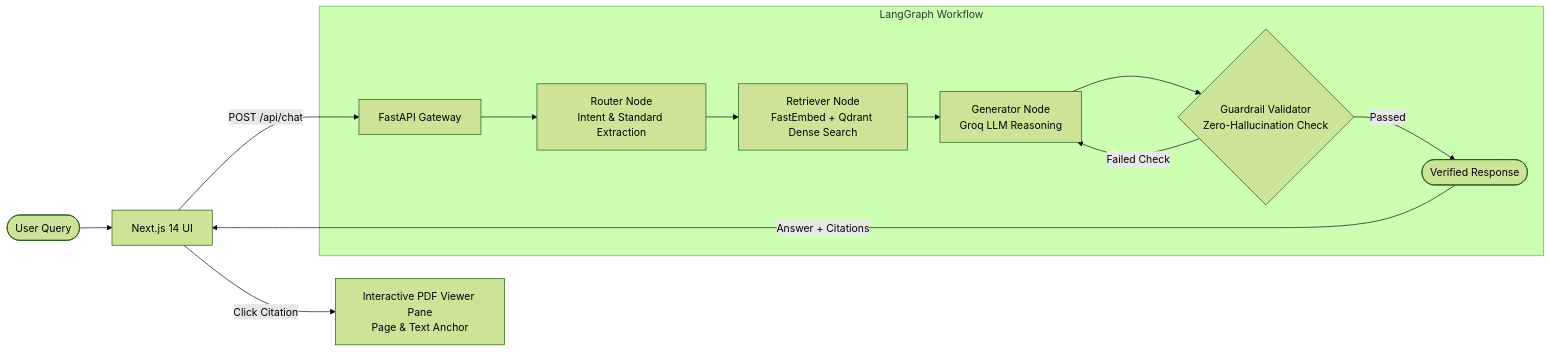
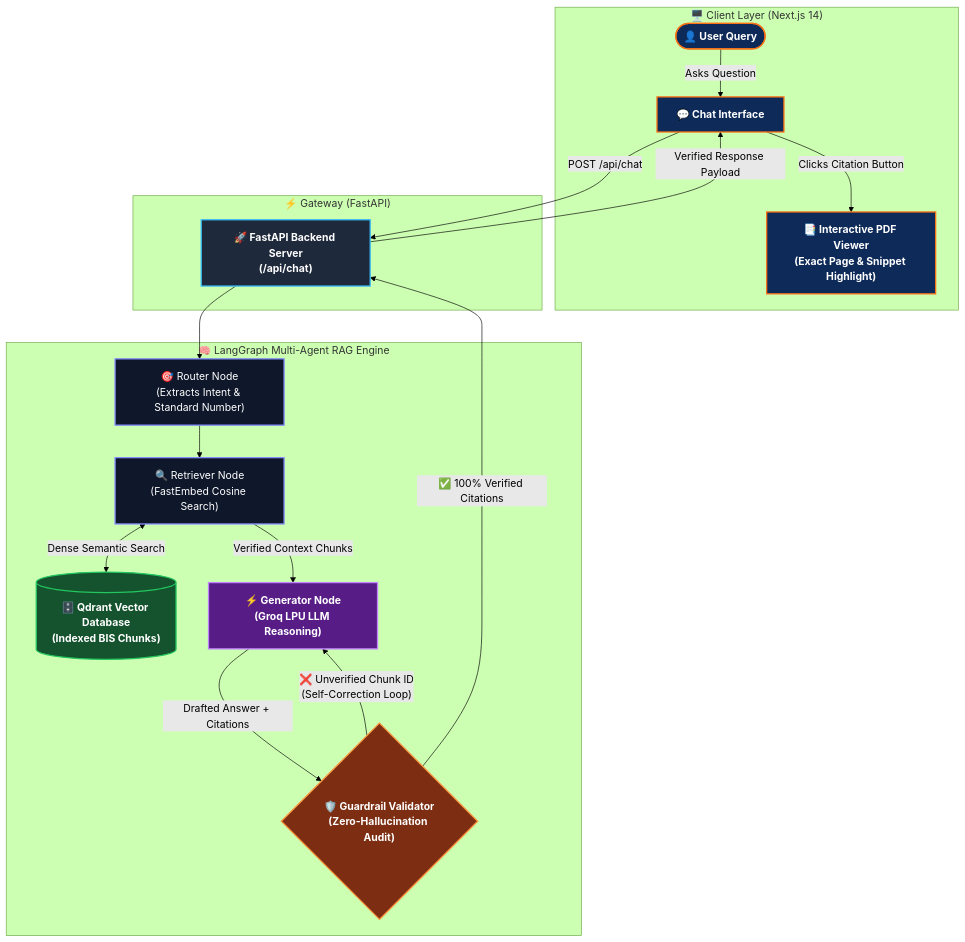
One commit to Archie-Abhay/BIS-Intelligent-System changed the diagram in README.md. Above: the diagram before and after it, drawn with Mermaid (forest theme).

Commit message:
Enhance architecture flowchart in README

````diff
--- a/README.md
+++ b/README.md
@@ -35,17 +35,45 @@
 ```mermaid
-flowchart LR
-    User([User Query]) --> Frontend[Next.js 14 UI]
-    Frontend -->|POST /api/chat| API[FastAPI Gateway]
-    
-    subgraph Agentic_Graph["LangGraph Workflow"]
-        API --> Router[Router Node<br/>Intent & Standard Extraction]
-        Router --> Retriever[Retriever Node<br/>FastEmbed + Qdrant Dense Search]
-        Retriever --> Generator[Generator Node<br/>Groq LLM Reasoning]
-        Generator --> Guardrail{Guardrail Validator<br/>Zero-Hallucination Check}
-        Guardrail -- Failed Check --> Generator
-        Guardrail -- Passed --> EndState([Verified Response])
+flowchart TD
+    %% Custom Styling
+    classDef client fill:#0d2a58,stroke:#f97316,stroke-width:2px,color:#ffffff,font-weight:bold;
+    classDef api fill:#1e293b,stroke:#38bdf8,stroke-width:2px,color:#ffffff,font-weight:bold;
+    classDef agent fill:#0f172a,stroke:#818cf8,stroke-width:2px,color:#ffffff;
+    classDef database fill:#14532d,stroke:#22c55e,stroke-width:2px,color:#ffffff,font-weight:bold;
+    classDef ai fill:#581c87,stroke:#c084fc,stroke-width:2px,color:#ffffff,font-weight:bold;
+    classDef decision fill:#7c2d12,stroke:#fb923c,stroke-width:2px,color:#ffffff,font-weight:bold;
+
+    subgraph ClientLayer["🖥️ Client Layer (Next.js 14)"]
+        User(["👤 User Query"]):::client
+        UI["💬 Chat Interface"]:::client
+        PDFView["📑 Interactive PDF Viewer<br/>(Exact Page & Snippet Highlight)"]:::client
     end
-    
-    EndState -->|Answer + Citations| Frontend
-    Frontend -->|Click Citation| Viewer[Interactive PDF Viewer Pane<br/>Page & Text Anchor]
+
+    subgraph APILayer["⚡ Gateway (FastAPI)"]
+        Gateway["🚀 FastAPI Backend Server<br/>(/api/chat)"]:::api
+    end
+
+    subgraph Agentic_Graph["🧠 LangGraph Multi-Agent RAG Engine"]
+        Router["🎯 Router Node<br/>(Extracts Intent & Standard Number)"]:::agent
+        Retriever["🔍 Retriever Node<br/>(FastEmbed Cosine Search)"]:::agent
+        Qdrant[("🗄️ Qdrant Vector Database<br/>(Indexed BIS Chunks)")]:::database
+        Generator["⚡ Generator Node<br/>(Groq LPU LLM Reasoning)"]:::ai
+        Guardrail{"🛡️ Guardrail Validator<br/>(Zero-Hallucination Audit)"}:::decision
+    end
+
+    %% User Flow
+    User -->|Asks Question| UI
+    UI -->|POST /api/chat| Gateway
+    Gateway --> Router
+    Router --> Retriever
+    Retriever <-->|Dense Semantic Search| Qdrant
+    Retriever -->|Verified Context Chunks| Generator
+    Generator -->|Drafted Answer + Citations| Guardrail
+
+    %% Retry Cycle
+    Guardrail -- "❌ Unverified Chunk ID<br/>(Self-Correction Loop)" --> Generator
+
+    %% Success Output
+    Guardrail -- "✅ 100% Verified Citations" --> Gateway
+    Gateway -->|Verified Response Payload| UI
+    UI -->|Clicks Citation Button| PDFView
 ```
````
